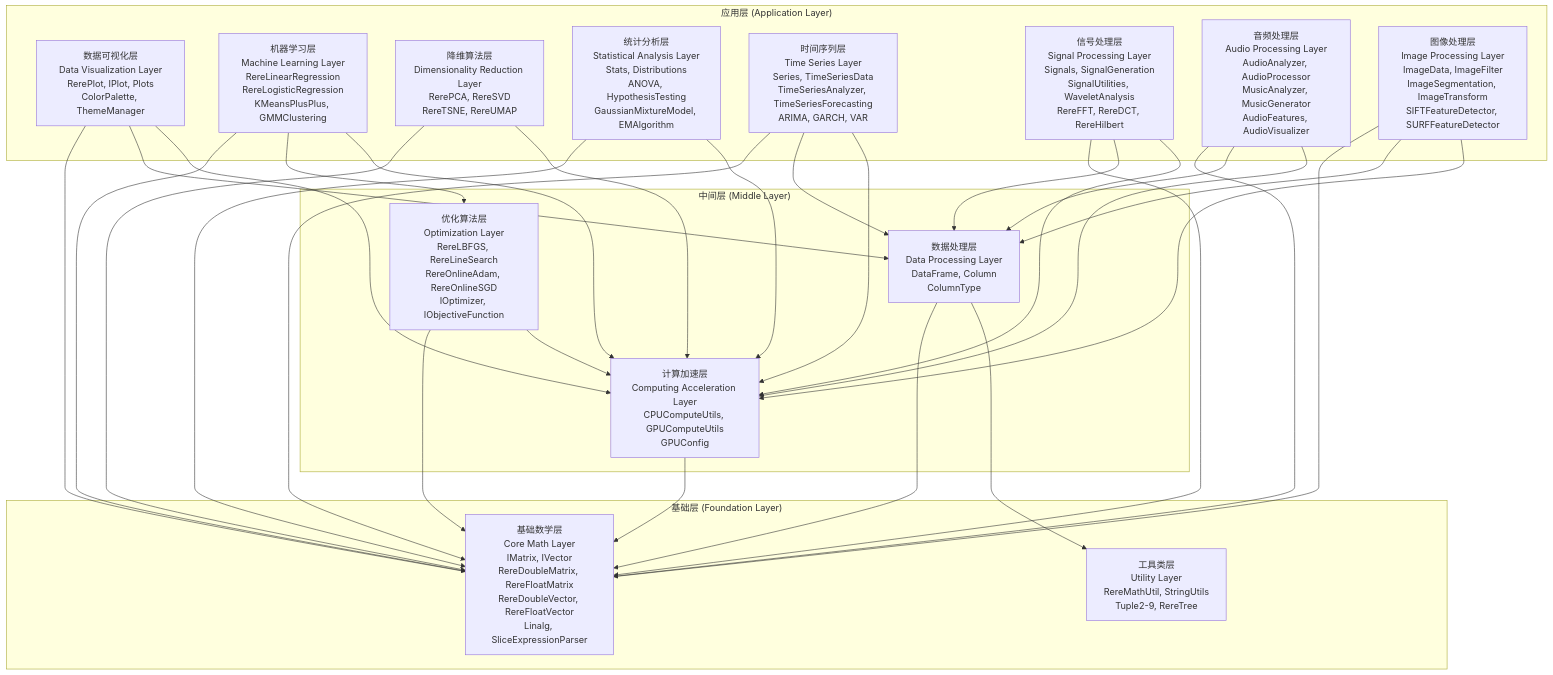
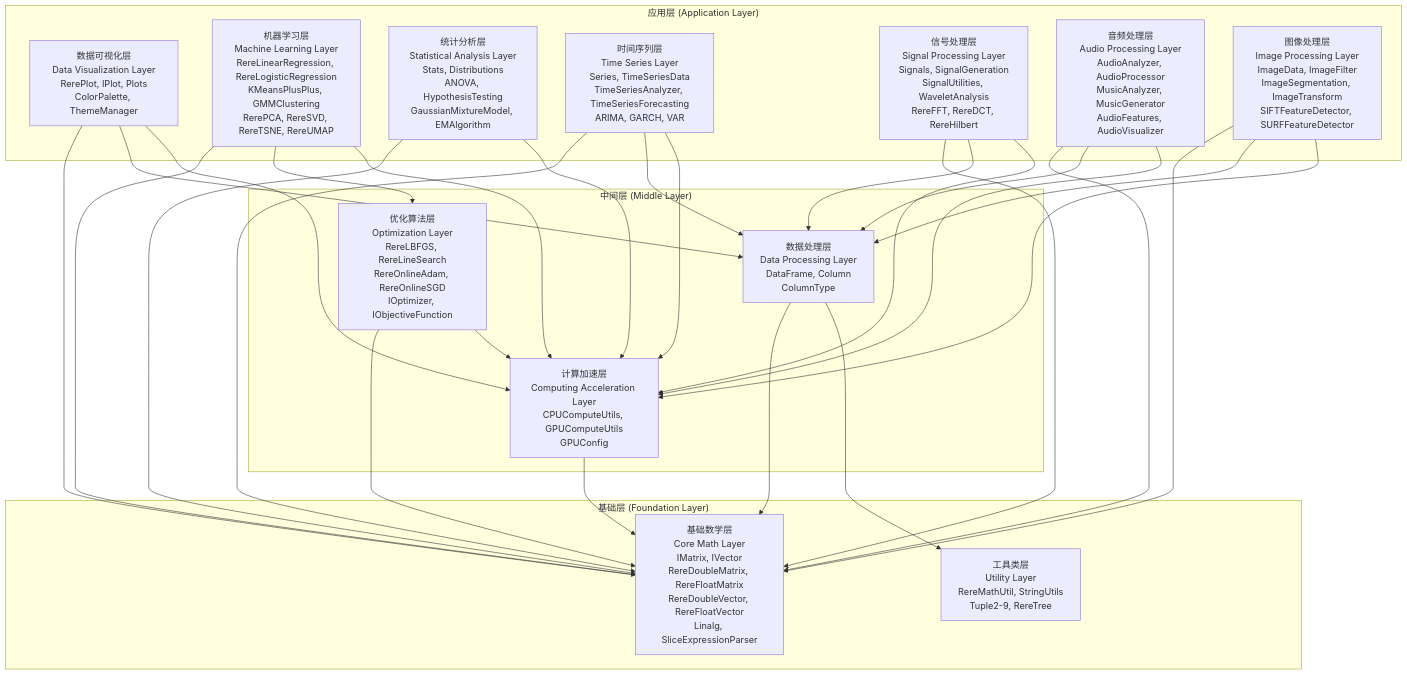
Before and after one commit to ScaleFree-Tech/yishape-math: the diagram in README.md, drawn with Mermaid. The commit also changed other lines of this file and 31 other files, not shown here.

````diff
--- a/README.md
+++ b/README.md
@@ -486,52 +443,49 @@
 ```mermaid
 graph TB
     subgraph "应用层 (Application Layer)"
         VIZ[数据可视化层<br/>Data Visualization Layer<br/>RerePlot, IPlot, Plots<br/>ColorPalette, ThemeManager]
-        ML[机器学习层<br/>Machine Learning Layer<br/>RereLinearRegression<br/>RereLogisticRegression<br/>KMeansPlusPlus, GMMClustering]
-        DIM[降维算法层<br/>Dimensionality Reduction Layer<br/>RerePCA, RereSVD<br/>RereTSNE, RereUMAP]
+        ML[机器学习层<br/>Machine Learning Layer<br/>RereLinearRegression, RereLogisticRegression<br/>KMeansPlusPlus, GMMClustering<br/>RerePCA, RereSVD, RereTSNE, RereUMAP]
         STAT[统计分析层<br/>Statistical Analysis Layer<br/>Stats, Distributions<br/>ANOVA, HypothesisTesting<br/>GaussianMixtureModel, EMAlgorithm]
         TS[时间序列层<br/>Time Series Layer<br/>Series, TimeSeriesData<br/>TimeSeriesAnalyzer, TimeSeriesForecasting<br/>ARIMA, GARCH, VAR]
         SIG[信号处理层<br/>Signal Processing Layer<br/>Signals, SignalGeneration<br/>SignalUtilities, WaveletAnalysis<br/>RereFFT, RereDCT, RereHilbert]
         AUD[音频处理层<br/>Audio Processing Layer<br/>AudioAnalyzer, AudioProcessor<br/>MusicAnalyzer, MusicGenerator<br/>AudioFeatures, AudioVisualizer]
         IMG[图像处理层<br/>Image Processing Layer<br/>ImageData, ImageFilter<br/>ImageSegmentation, ImageTransform<br/>SIFTFeatureDetector, SURFFeatureDetector]
     end
     
     subgraph "中间层 (Middle Layer)"
         DATA[数据处理层<br/>Data Processing Layer<br/>DataFrame, Column<br/>ColumnType]
         OPT[优化算法层<br/>Optimization Layer<br/>RereLBFGS, RereLineSearch<br/>RereOnlineAdam, RereOnlineSGD<br/>IOptimizer, IObjectiveFunction]
         COMP[计算加速层<br/>Computing Acceleration Layer<br/>CPUComputeUtils, GPUComputeUtils<br/>GPUConfig]
     end
     
     subgraph "基础层 (Foundation Layer)"
         MATH[基础数学层<br/>Core Math Layer<br/>IMatrix, IVector<br/>RereDoubleMatrix, RereFloatMatrix<br/>RereDoubleVector, RereFloatVector<br/>Linalg, SliceExpressionParser]
         UTIL[工具类层<br/>Utility Layer<br/>RereMathUtil, StringUtils<br/>Tuple2-9, RereTree]
     end
     
     VIZ --> MATH
     VIZ --> DATA
     VIZ --> COMP
     ML --> MATH
     ML --> OPT
     ML --> COMP
-    DIM --> MATH
-    DIM --> COMP
     STAT --> MATH
     STAT --> COMP
     TS --> MATH
     TS --> DATA
     TS --> COMP
     SIG --> MATH
     SIG --> DATA
     SIG --> COMP
     AUD --> MATH
     AUD --> DATA
     AUD --> COMP
     IMG --> MATH
     IMG --> DATA
     IMG --> COMP
     DATA --> MATH
     DATA --> UTIL
     OPT --> MATH
     OPT --> COMP
     COMP --> MATH
 ```
````
